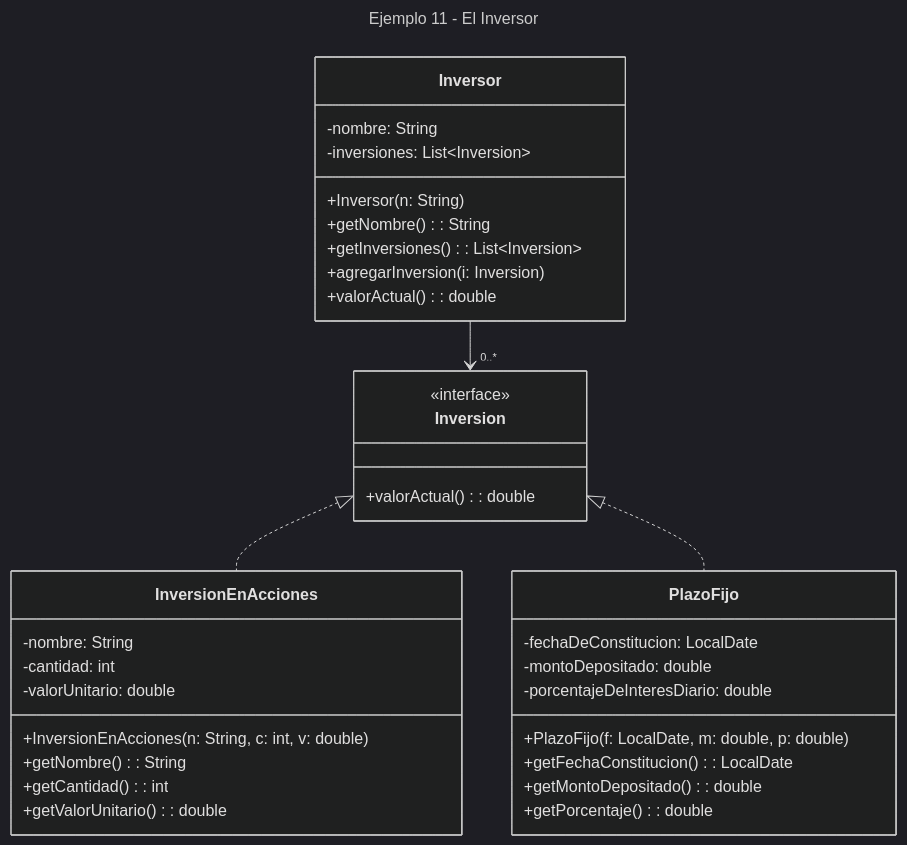
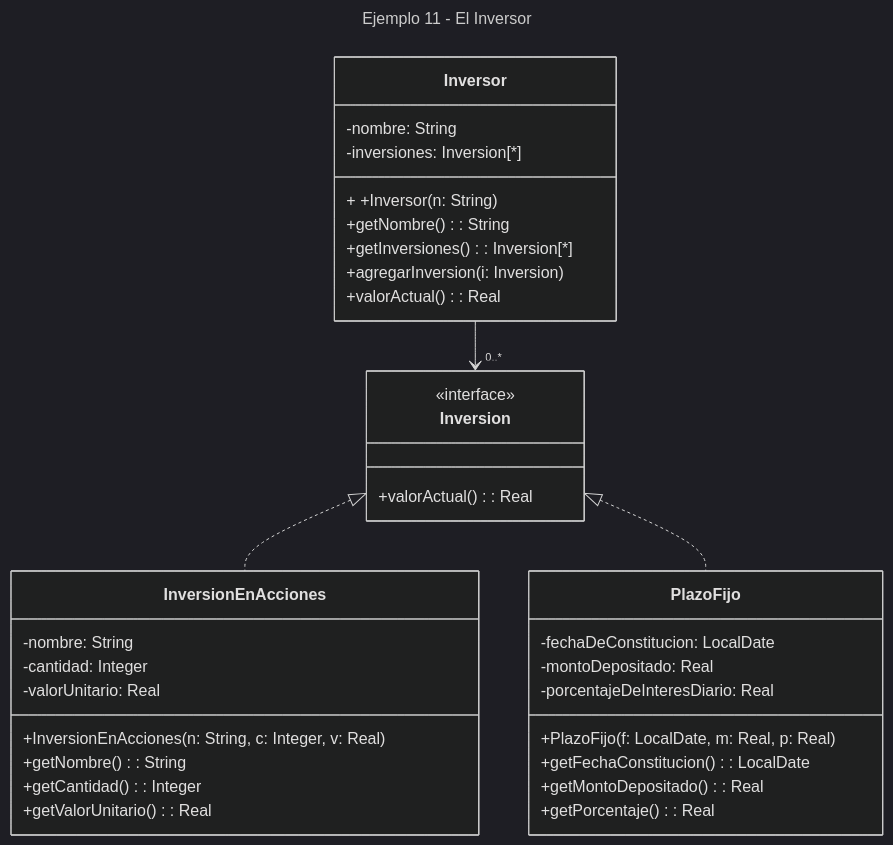
Before and after one commit to Auchan22/OO1: the diagram in Practica 5/Readme.md, drawn with Mermaid (dark theme).

````diff
--- a/Practica 5/Readme.md
+++ b/Practica 5/Readme.md
@@ -1,41 +1,41 @@
 ```mermaid
 ---
 title: Ejemplo 11 - El Inversor
 ---
 classDiagram
     Inversion <|.. InversionEnAcciones
     Inversion <|.. PlazoFijo
     Inversor -->"0..*" Inversion
     class Inversor {
         -nombre: String
-        -inversiones: List~Inversion~
-        <create> +Inversor(n: String)
+        -inversiones: Inversion[*]
+        +<create> +Inversor(n: String)
         +getNombre(): String
-        +getInversiones(): List~Inversion~
+        +getInversiones(): Inversion[*]
         +agregarInversion(i: Inversion)
-        +valorActual(): double
+        +valorActual(): Real
     }
 
     class Inversion{
         <<interface>>
-        +valorActual(): double
+        +valorActual(): Real
     }
     class InversionEnAcciones {
         -nombre: String
-        -cantidad: int
-        -valorUnitario: double
-        <create> +InversionEnAcciones(n: String, c: int, v: double)
+        -cantidad: Integer
+        -valorUnitario: Real
+        <create> +InversionEnAcciones(n: String, c: Integer, v: Real)
         +getNombre(): String
-        +getCantidad(): int
-        +getValorUnitario(): double
+        +getCantidad(): Integer
+        +getValorUnitario(): Real
     }
     class PlazoFijo {
         -fechaDeConstitucion: LocalDate
-        -montoDepositado: double
-        -porcentajeDeInteresDiario: double
-        <create> +PlazoFijo(f: LocalDate, m: double, p: double)
+        -montoDepositado: Real
+        -porcentajeDeInteresDiario: Real
+        <create> +PlazoFijo(f: LocalDate, m: Real, p: Real)
         +getFechaConstitucion(): LocalDate
-        +getMontoDepositado(): double
-        +getPorcentaje(): double
+        +getMontoDepositado(): Real
+        +getPorcentaje(): Real
     }
 ```
````
